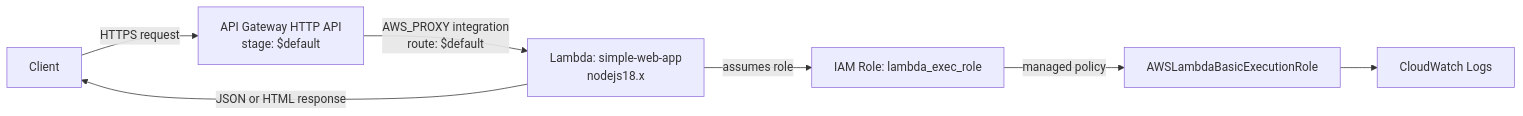
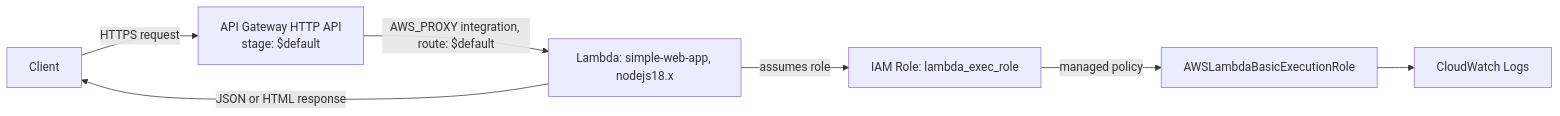
Before and after one commit to soodrajesh/Serverless-Lambda-WebApp-Terraform: the diagram in README.md, drawn with Mermaid.

Commit message:
Fix Mermaid edge label breaking architecture diagram render
The AWS_PROXY integration edge label was unquoted and contained a colon
plus a literal backslash-n, which GitHub's Mermaid renderer can't parse.
Quoted it and removed the non-functional line break.

````diff
--- a/README.md
+++ b/README.md
@@ -9,9 +9,9 @@
 ```mermaid
 flowchart LR
     Client[Client] -->|HTTPS request| APIGW["API Gateway HTTP API\nstage: $default"]
-    APIGW -->|AWS_PROXY integration\nroute: $default| Lambda["Lambda: simple-web-app\nnodejs18.x"]
+    APIGW -->|"AWS_PROXY integration, route: $default"| Lambda["Lambda: simple-web-app, nodejs18.x"]
     Lambda -->|assumes role| IAMRole["IAM Role: lambda_exec_role"]
     IAMRole -->|managed policy| BasicExec["AWSLambdaBasicExecutionRole"]
     BasicExec --> CWLogs["CloudWatch Logs"]
     Lambda -->|JSON or HTML response| Client
 ```
````
